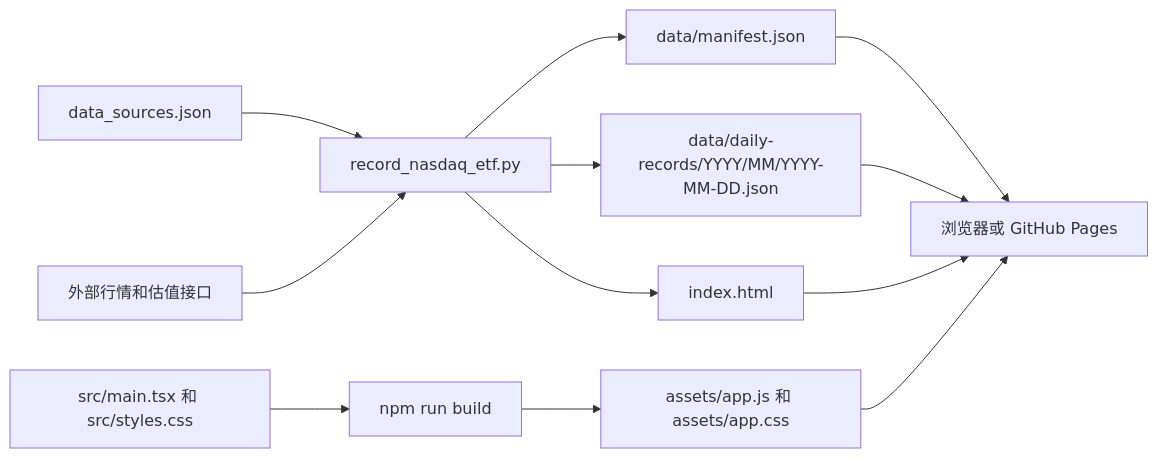
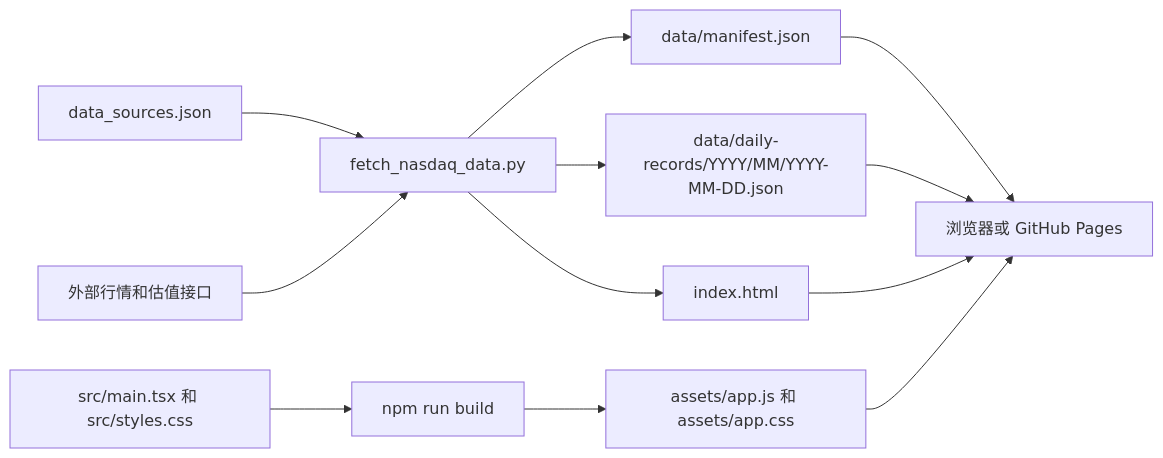
The diagram in docs/HANDOFF.md (Auroka/nasdaq-etf), drawn with Mermaid before and after one commit. The commit also changed other lines of this file and 6 other files, not shown here.

````diff
--- a/docs/HANDOFF.md
+++ b/docs/HANDOFF.md
@@ -96,14 +96,14 @@
 ```mermaid
 flowchart LR
-    A[data_sources.json] --> B[record_nasdaq_etf.py]
+    A[data_sources.json] --> B[fetch_nasdaq_data.py]
     C[外部行情和估值接口] --> B
     B --> D[data/manifest.json]
     B --> E[data/daily-records/YYYY/MM/YYYY-MM-DD.json]
     B --> F[index.html]
     G[src/main.tsx 和 src/styles.css] --> H[npm run build]
     H --> I[assets/app.js 和 assets/app.css]
     D --> J[浏览器或 GitHub Pages]
     E --> J
     F --> J
     I --> J
 ```
````
